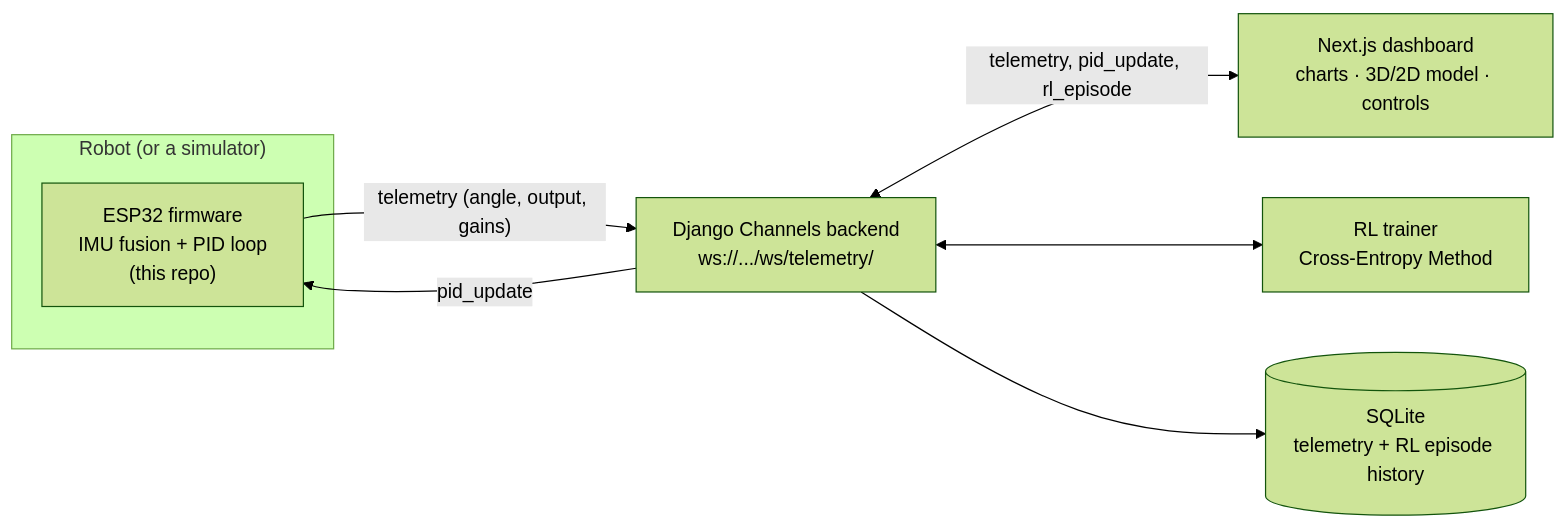
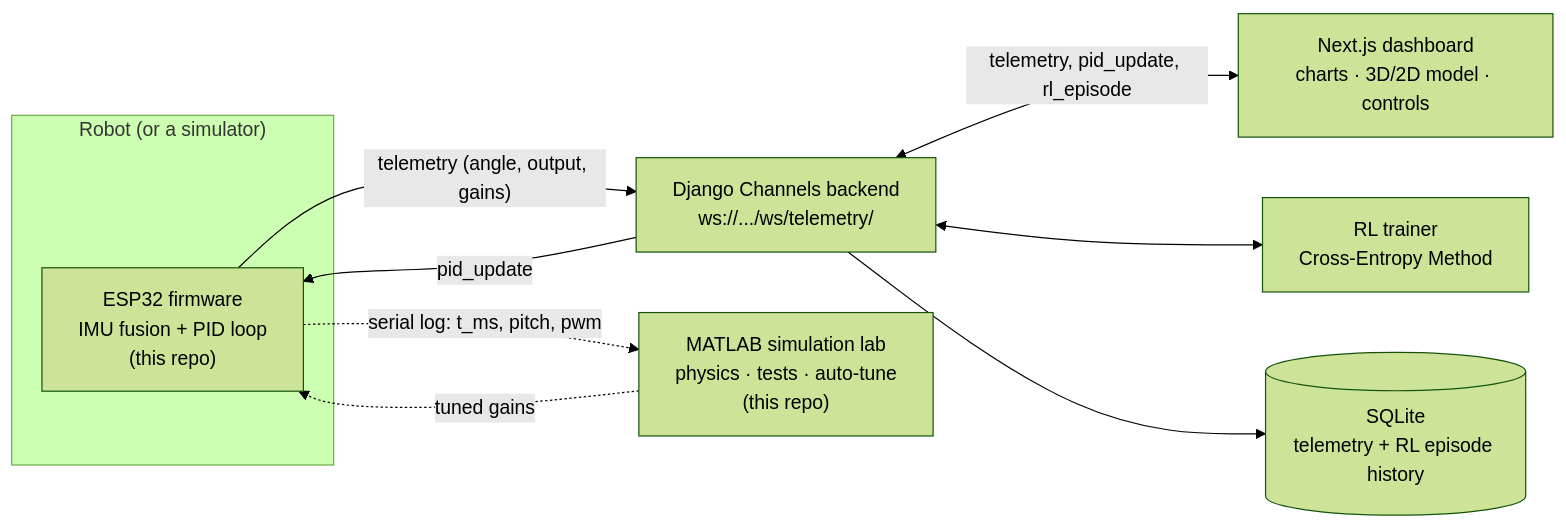
One commit to Alpha107/Self-Balancing-Robot-ESP32-Firmware changed the first of 3 diagrams in README.md. Above: the diagram before and after it, drawn with Mermaid (forest theme). The commit also changed other lines of this file, not shown here.

````diff
--- a/README.md
+++ b/README.md
@@ -28,17 +47,20 @@
 ```mermaid
 flowchart LR
     subgraph Robot["Robot (or a simulator)"]
         ESP32["ESP32 firmware<br/>IMU fusion + PID loop<br/>(this repo)"]
     end
 
     Backend["Django Channels backend<br/>ws://.../ws/telemetry/"]
     DB[("SQLite<br/>telemetry + RL episode history")]
     Dashboard["Next.js dashboard<br/>charts · 3D/2D model · controls"]
     RL["RL trainer<br/>Cross-Entropy Method"]
+    MATLAB["MATLAB simulation lab<br/>physics · tests · auto-tune<br/>(this repo)"]
 
     ESP32 -- "telemetry (angle, output, gains)" --> Backend
     Backend -- "pid_update" --> ESP32
     Backend <-- "telemetry, pid_update, rl_episode" --> Dashboard
     Backend <--> RL
     Backend --> DB
+    ESP32 -. "serial log: t_ms, pitch, pwm" .-> MATLAB
+    MATLAB -. "tuned gains" .-> ESP32
 ```
````
